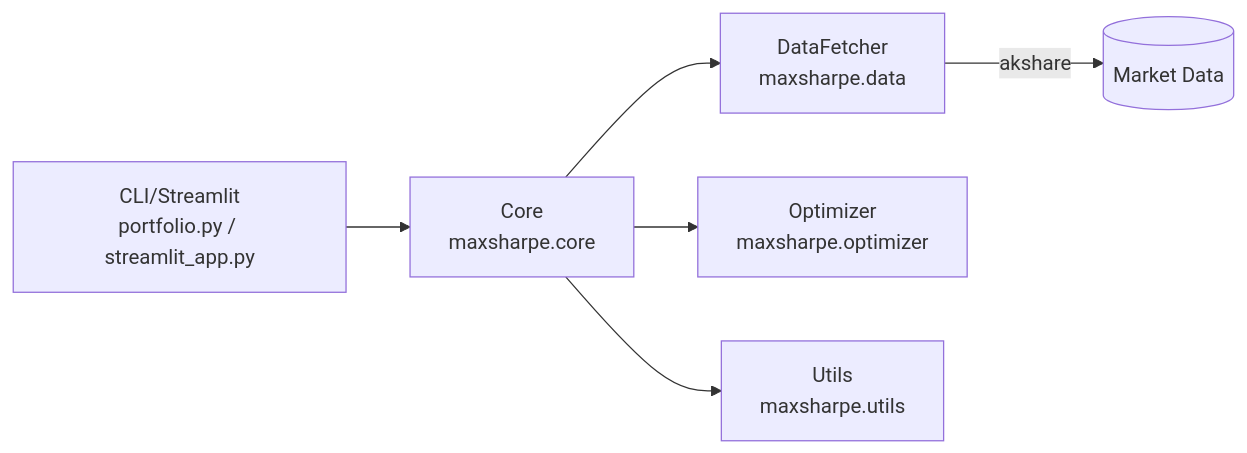
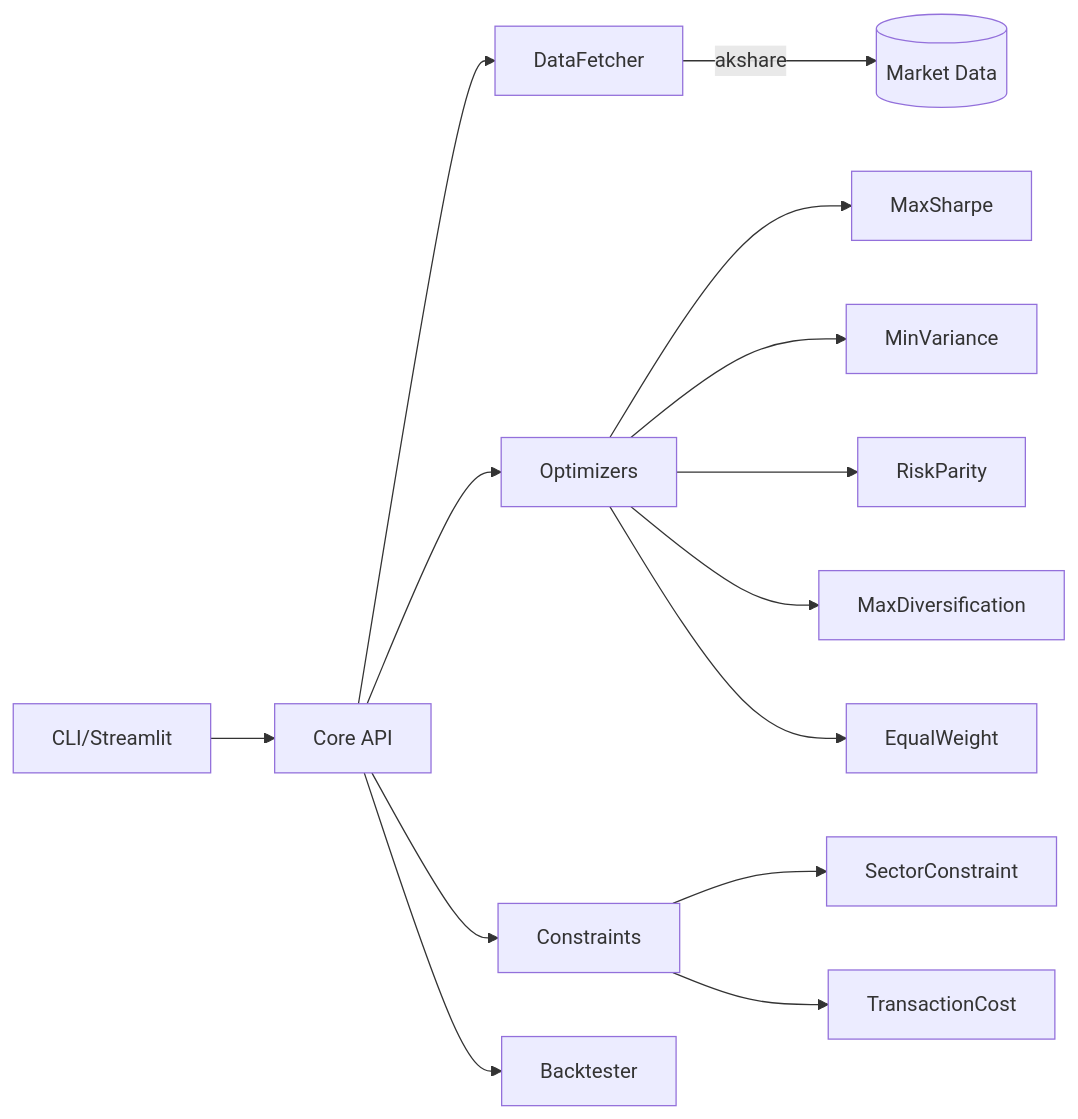
Before and after one commit to henrywen98/investment_portfolio_optimizer: the diagram in README.md, drawn with Mermaid. The commit also changed other lines of this file and 10 other files, not shown here.

````diff
--- a/README.md
+++ b/README.md
@@ -135,8 +250,19 @@
 ```mermaid
 flowchart LR
-  A[CLI/Streamlit\nportfolio.py / streamlit_app.py] --> B[Core\nmaxsharpe.core]
-  B --> C[DataFetcher\nmaxsharpe.data]
-  B --> D[Optimizer\nmaxsharpe.optimizer]
-  B --> E[Utils\nmaxsharpe.utils]
-  C -->|akshare| F[(Market Data)]
+  A[CLI/Streamlit] --> B[Core API]
+  B --> C[DataFetcher]
+  B --> D[Optimizers]
+  B --> E[Constraints]
+  B --> F[Backtester]
+
+  D --> D1[MaxSharpe]
+  D --> D2[MinVariance]
+  D --> D3[RiskParity]
+  D --> D4[MaxDiversification]
+  D --> D5[EqualWeight]
+
+  E --> E1[SectorConstraint]
+  E --> E2[TransactionCost]
+
+  C -->|akshare| G[(Market Data)]
 ```
````
